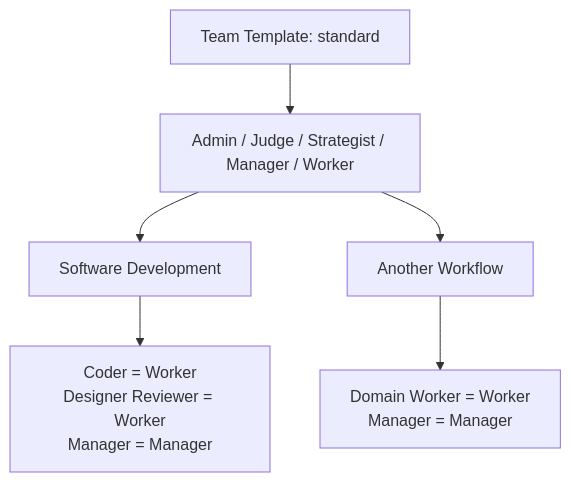
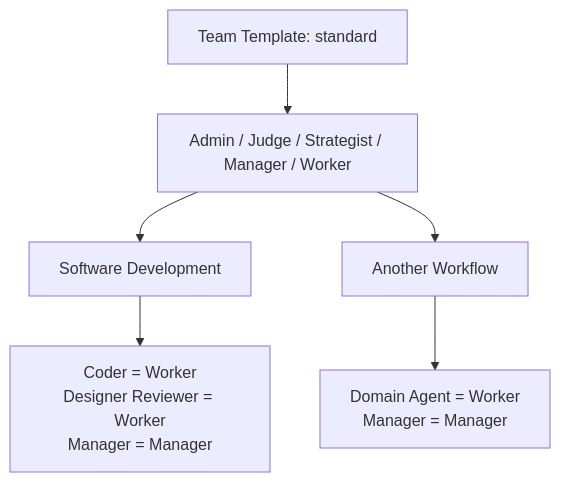
The third of 4 diagrams in README.md (starodubtsevconsulting/ai-workflows), drawn with Mermaid before and after one commit. The commit also changed other lines of this file, not shown here.

````diff
--- a/README.md
+++ b/README.md
@@ -89,8 +88,8 @@
 ```mermaid
 flowchart TD
-  Standard["Team Template: standard"] --> Types["Admin / Judge / Strategist / Manager / Worker"]
-  Types --> SD["Software Development"]
-  Types --> Other["Another Workflow"]
+  Standard["Team Template: standard"] --> Roles["Admin / Judge / Strategist / Manager / Worker"]
+  Roles --> SD["Software Development"]
+  Roles --> Other["Another Workflow"]
   SD --> SDMap["Coder = Worker\nDesigner Reviewer = Worker\nManager = Manager"]
-  Other --> OtherMap["Domain Worker = Worker\nManager = Manager"]
+  Other --> OtherMap["Domain Agent = Worker\nManager = Manager"]
 ```
````
